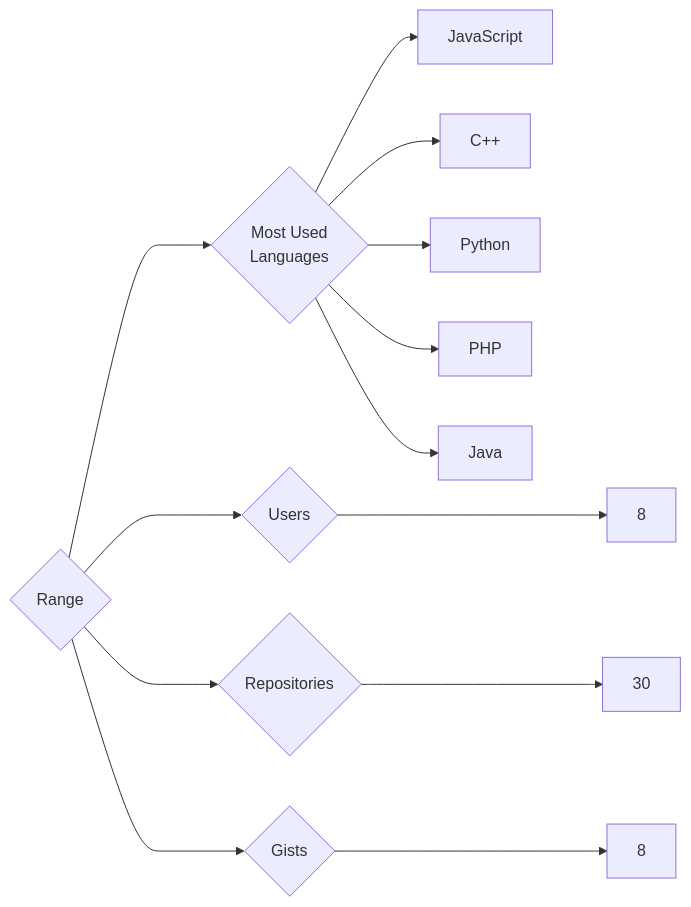
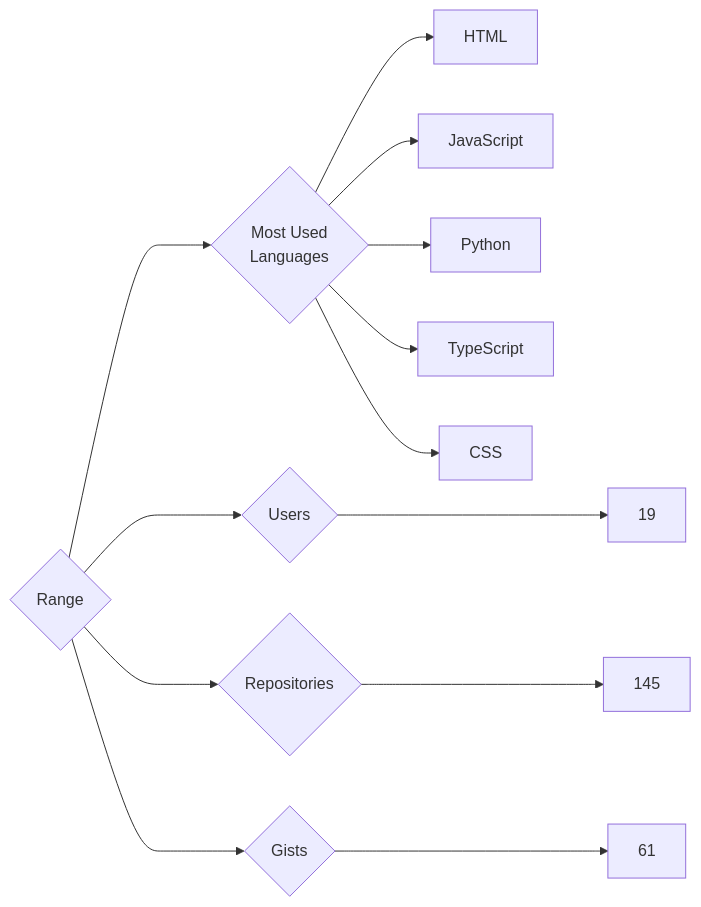
The diagram in targets/Range/README.md (trickest/insiders), drawn with Mermaid before and after one commit. The commit also changed 871 other files, not shown here.

````diff
--- a/targets/Range/README.md
+++ b/targets/Range/README.md
@@ -3,13 +3,13 @@
 ```mermaid
 graph LR
 COMPANY_NAME{Range}
-COMPANY_NAME ---> U{Users} ---> UN[8]
-COMPANY_NAME ---> R{Repositories} ---> RN[30]
-COMPANY_NAME ---> G{Gists} ---> GN[8]
+COMPANY_NAME ---> U{Users} ---> UN[19]
+COMPANY_NAME ---> R{Repositories} ---> RN[145]
+COMPANY_NAME ---> G{Gists} ---> GN[61]
 COMPANY_NAME ---> ML{Most Used<br>Languages}
+ML --> HTML[HTML]
 ML --> JavaScript[JavaScript]
-ML --> C++[C++]
 ML --> Python[Python]
-ML --> PHP[PHP]
-ML --> Java[Java]
+ML --> TypeScript[TypeScript]
+ML --> CSS[CSS]
 ```
````
